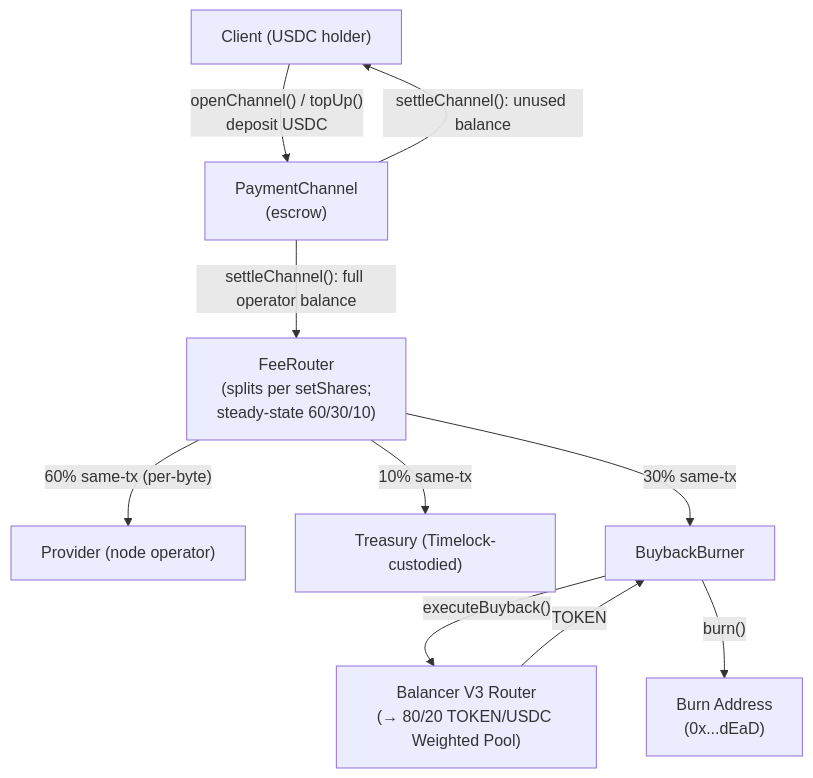
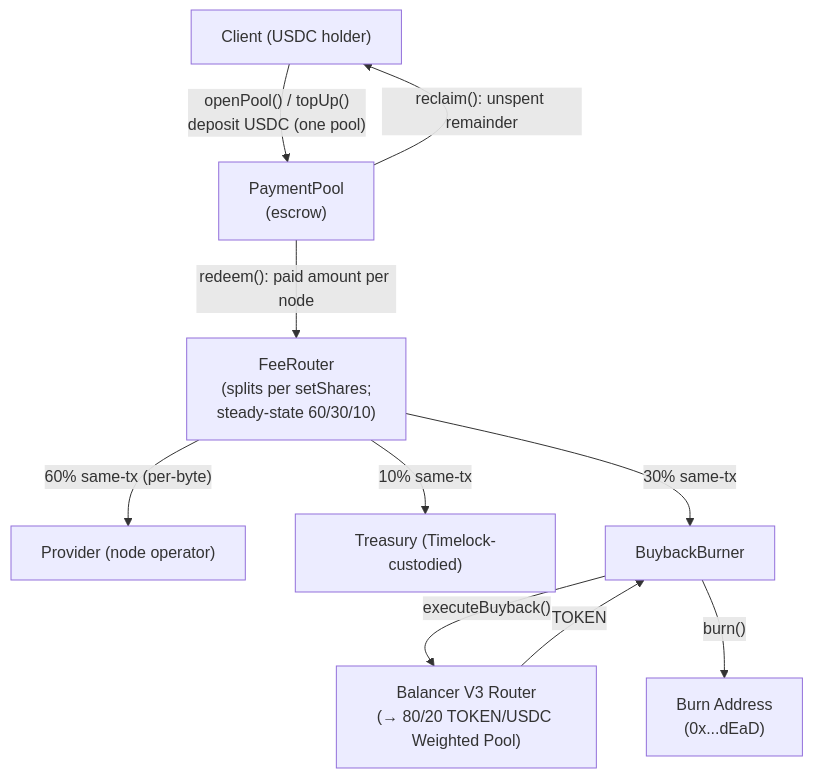
The fourth of 5 diagrams in adr/016-contract-interactions.md (decdn/decdn), drawn with Mermaid before and after one commit. The commit also changed other lines of this file and 29 other files, not shown here.

First line of the commit message:
docs(adr): adopt shared payment pool over pairwise channels (#1650)

````diff
--- a/adr/016-contract-interactions.md
+++ b/adr/016-contract-interactions.md
@@ -531,21 +534,21 @@
 ```mermaid
 flowchart TD
     Client["Client (USDC holder)"]
-    PC["PaymentChannel<br/>(escrow)"]
+    PC["PaymentPool<br/>(escrow)"]
     FR["FeeRouter<br/>(splits per setShares;<br/>steady-state 60/30/10)"]
     Provider["Provider (node operator)"]
     Treasury["Treasury (Timelock-custodied)"]
     BB["BuybackBurner"]
     BAL["Balancer V3 Router<br/>(→ 80/20 TOKEN/USDC Weighted Pool)"]
     BURN["Burn Address<br/>(0x...dEaD)"]
 
-    Client -->|"openChannel() / topUp()<br/>deposit USDC"| PC
-    PC -->|"settleChannel(): full operator balance"| FR
-    PC -->|"settleChannel(): unused balance"| Client
+    Client -->|"openPool() / topUp()<br/>deposit USDC (one pool)"| PC
+    PC -->|"redeem(): paid amount per node"| FR
+    PC -->|"reclaim(): unspent remainder"| Client
     FR -->|"60% same-tx (per-byte)"| Provider
     FR -->|"30% same-tx"| BB
     FR -->|"10% same-tx"| Treasury
     BB -->|"executeBuyback()"| BAL
     BAL -->|"TOKEN"| BB
     BB -->|"burn()"| BURN
 ```
````
